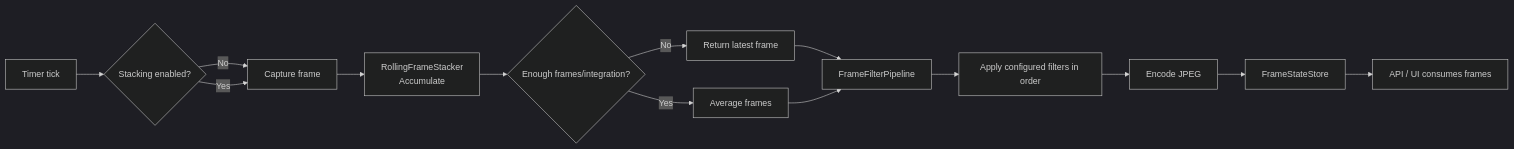
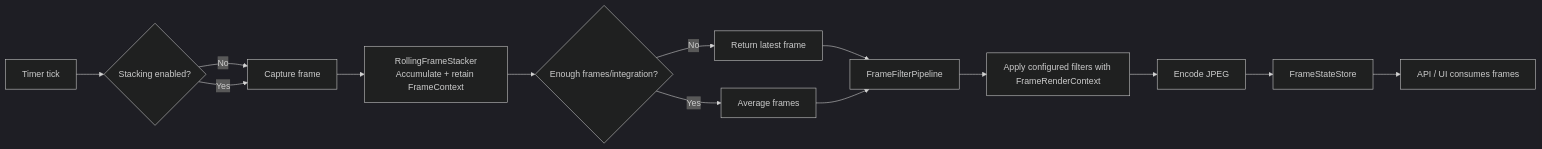
Before and after one commit to RoySalisbury/HVOv9: the second of 2 diagrams in src/HVO.SkyMonitorV5.RPi/README.md, drawn with Mermaid (dark theme). The commit also changed other lines of this file and 5 other files, not shown here.

````diff
--- a/src/HVO.SkyMonitorV5.RPi/README.md
+++ b/src/HVO.SkyMonitorV5.RPi/README.md
@@ -297,16 +300,16 @@
 ```mermaid
 flowchart LR
     A[Timer tick] --> B{Stacking enabled?}
     B -- No --> C[Capture frame]
     B -- Yes --> C
-    C --> D[RollingFrameStacker\nAccumulate]
+  C --> D[RollingFrameStacker\nAccumulate + retain FrameContext]
     D --> E{Enough frames/integration?}
     E -- No --> F[Return latest frame]
     E -- Yes --> G[Average frames]
     F --> H[FrameFilterPipeline]
     G --> H
-    H --> I[Apply configured filters in order]
-    I --> J[Encode JPEG]
+  H --> I[Apply configured filters with FrameRenderContext]
+  I --> J[Encode JPEG]
     J --> K[FrameStateStore]
     K --> L[API / UI consumes frames]
 ```
````
